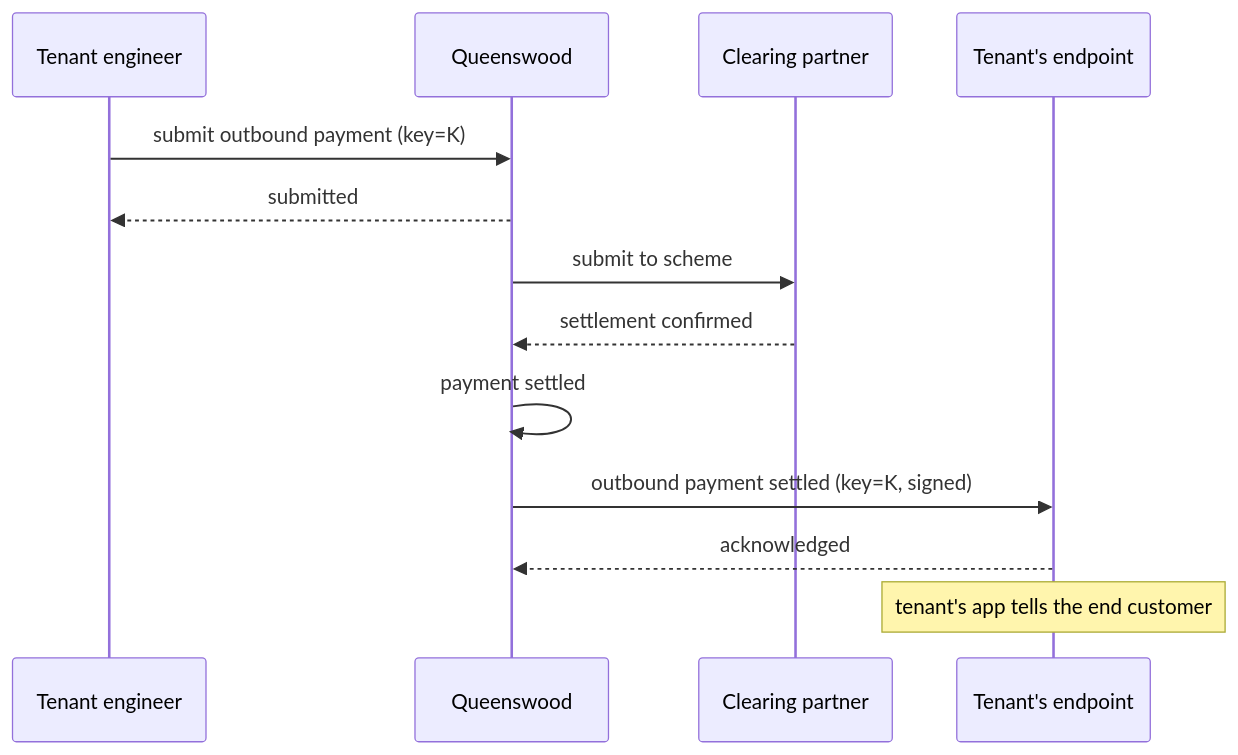
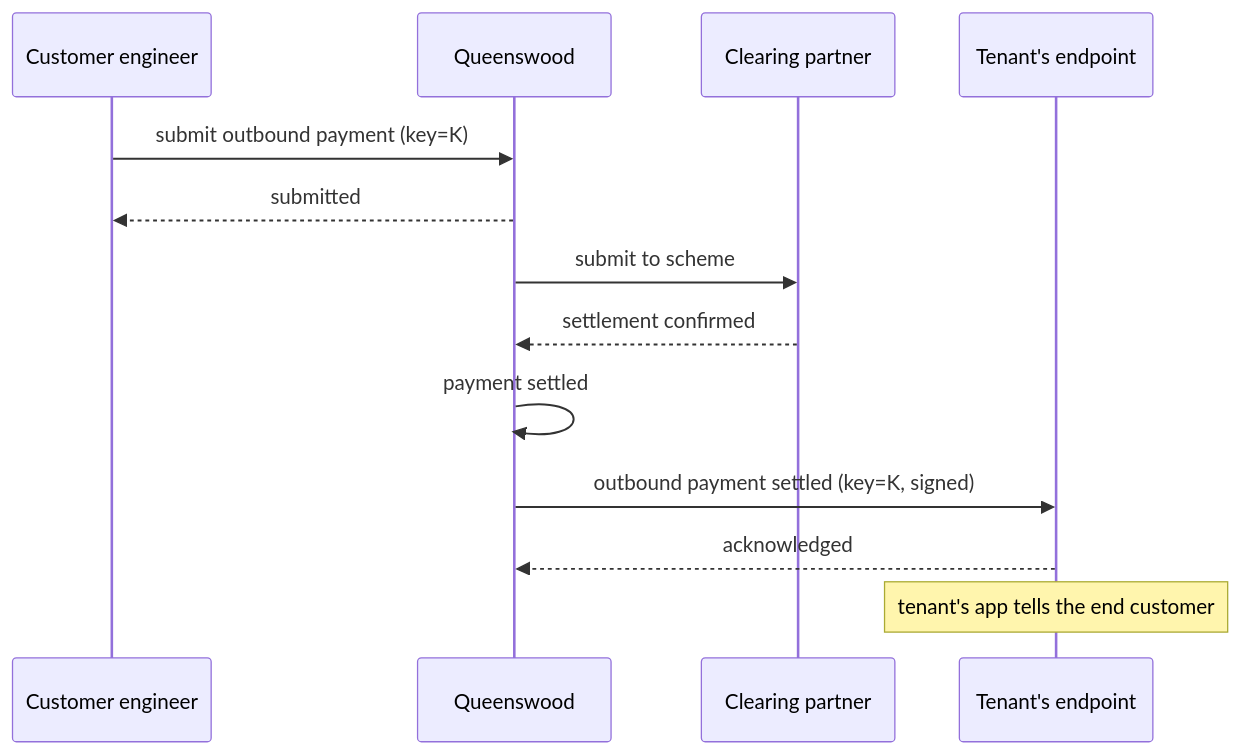
The second of 4 diagrams in docs/prd/webhooks.md (repldriven/queenswood), drawn with Mermaid before and after one commit. The commit also changed other lines of this file and 15 other files, not shown here.

````diff
--- a/docs/prd/webhooks.md
+++ b/docs/prd/webhooks.md
@@ -287,16 +286,16 @@
 ```mermaid
 sequenceDiagram
-    participant T as Tenant engineer
+    participant T as Customer engineer
     participant Q as Queenswood
     participant S as Clearing partner
     participant E as Tenant's endpoint
 
     T->>Q: submit outbound payment (key=K)
     Q-->>T: submitted
     Q->>S: submit to scheme
     S-->>Q: settlement confirmed
     Q->>Q: payment settled
     Q->>E: outbound payment settled (key=K, signed)
     E-->>Q: acknowledged
     Note over E: tenant's app tells the end customer
 ```
````
